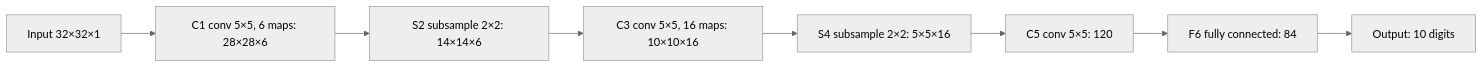
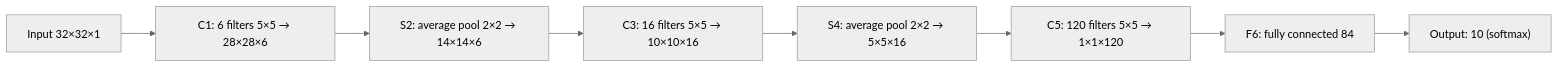
Before and after one commit to TrendySloth1001/sem-seven-notes: the second of 6 diagrams in content/deep-learning/notes/cnn-architectures.hi.mdx, drawn with Mermaid (neutral theme). The commit also changed other lines of this file and 186 other files, not shown here.

````diff
--- a/content/deep-learning/notes/cnn-architectures.hi.mdx
+++ b/content/deep-learning/notes/cnn-architectures.hi.mdx
@@ -78,11 +69,11 @@
 ```mermaid
-%% caption: LeNet-5 left se right, har layer ke baad data ke size ke saath. Convolution aur subsampling do baar alternate hote hain, phir teen layers classification karti hain.
+%% caption: Har layer ke baad shape ke saath LeNet-5. Convolutions zyada feature maps banate hain; subsampling size aadha karta hai; aakhri layers classify karti hain.
 flowchart LR
-  A["Input 32×32×1"] --> B["C1 conv 5×5, 6 maps: 28×28×6"]
-  B --> C["S2 subsample 2×2: 14×14×6"]
-  C --> D["C3 conv 5×5, 16 maps: 10×10×16"]
-  D --> E["S4 subsample 2×2: 5×5×16"]
-  E --> F["C5 conv 5×5: 120"]
-  F --> G["F6 fully connected: 84"]
-  G --> H["Output: 10 digits"]
+  A["Input 32×32×1"] --> B["C1: 6 filters 5×5 → 28×28×6"]
+  B --> C["S2: average pool 2×2 → 14×14×6"]
+  C --> D["C3: 16 filters 5×5 → 10×10×16"]
+  D --> E["S4: average pool 2×2 → 5×5×16"]
+  E --> F["C5: 120 filters 5×5 → 1×1×120"]
+  F --> G["F6: fully connected 84"]
+  G --> H["Output: 10 (softmax)"]
 ```
````
